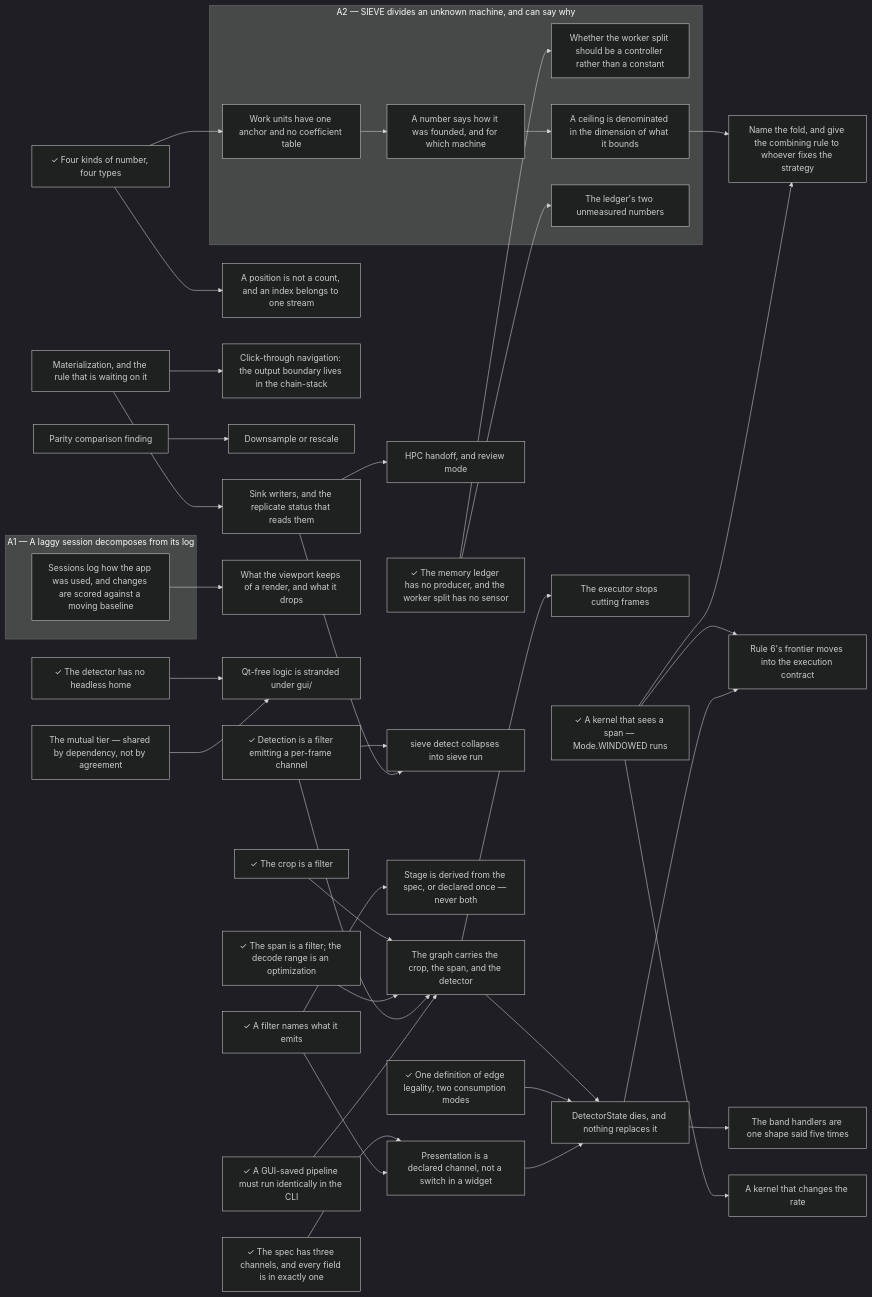
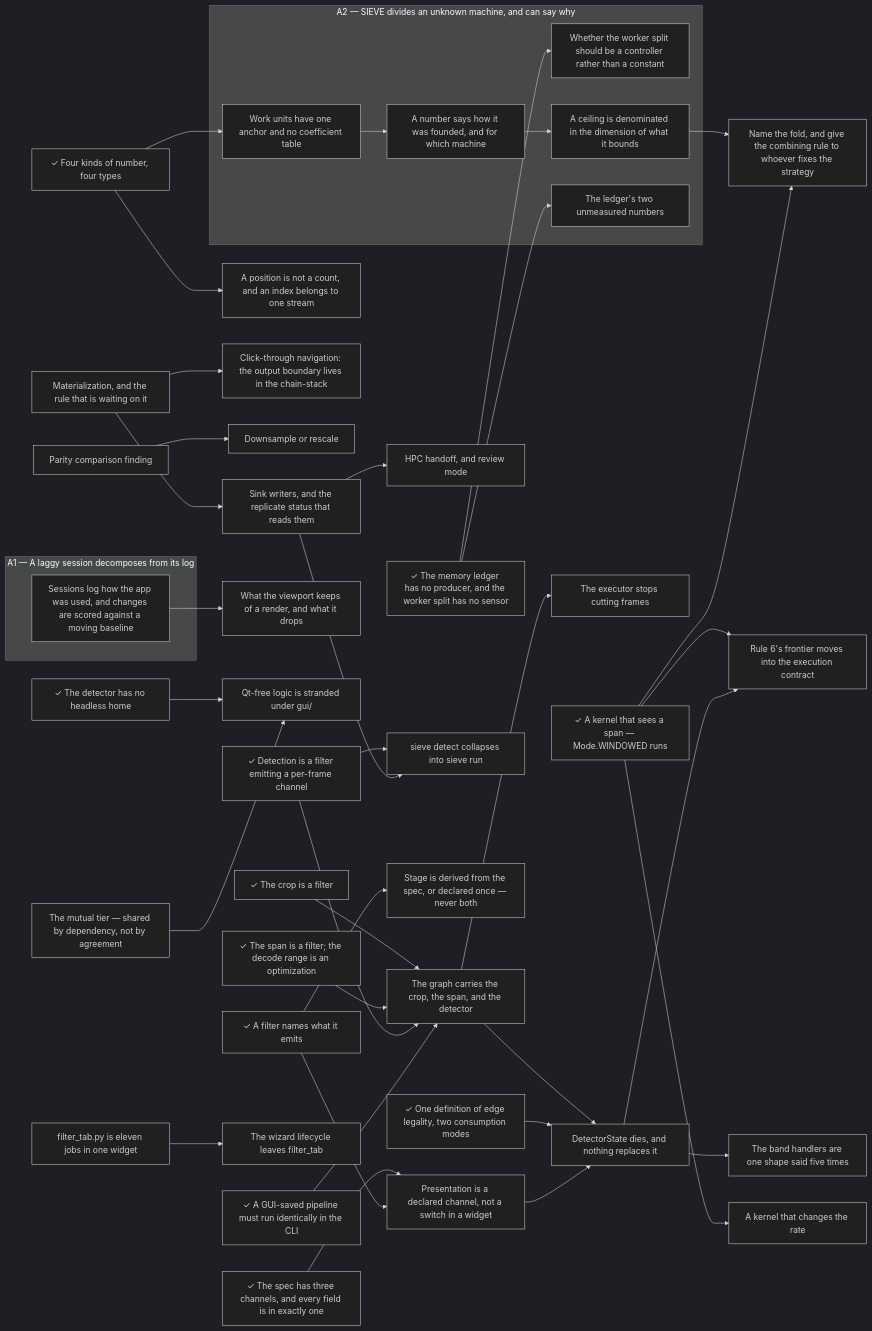
The diagram in docs/.state.md (soulsynapse/antscihub-SIEVE), drawn with Mermaid (dark theme) before and after one commit. The commit also changed other lines of this file and 4 other files, not shown here.

````diff
--- a/docs/.state.md
+++ b/docs/.state.md
@@ -110,76 +114,79 @@
 ```mermaid
 graph LR
   subgraph A1["A1 — A laggy session decomposes from its log"]
       slow_path_surfacing["Sessions log how the app was used, and changes are scored against a moving baseline"]
   end
   subgraph A2["A2 — SIEVE divides an unknown machine, and can say why"]
       a_number_says_how_it_was_founded["A number says how it was founded, and for which machine"]
       adaptive_worker_allocation["Whether the worker split should be a controller rather than a constant"]
       ceilings_in_the_dimension_they_bound["A ceiling is denominated in the dimension of what it bounds"]
       ledger_measurements["The ledger's two unmeasured numbers"]
       work_units_have_one_anchor["Work units have one anchor and no coefficient table"]
   end
     a_filter_names_what_it_emits["✓ A filter names what it emits"]
     a_kernel_that_changes_the_rate["A kernel that changes the rate"]
     a_kernel_that_sees_a_span["✓ A kernel that sees a span — Mode.WINDOWED runs"]
     a_position_is_not_a_count["A position is not a count, and an index belongs to one stream"]
     click_through_navigation["Click-through navigation: the output boundary lives in the chain-stack"]
     detection_is_a_filter["✓ Detection is a filter emitting a per-frame channel"]
     detector_state_dies["DetectorState dies, and nothing replaces it"]
     downsample_or_rescale["Downsample or rescale"]
+    filter_tab_is_eleven_jobs["filter_tab.py is eleven jobs in one widget"]
     four_numbers_four_types["✓ Four kinds of number, four types"]
     gui_cli_execution_parity["✓ A GUI-saved pipeline must run identically in the CLI"]
     headless_detection["✓ The detector has no headless home"]
     hpc_handoff_and_review_mode["HPC handoff, and review mode"]
     ledger_producers["✓ The memory ledger has no producer, and the worker split has no sensor"]
     materialization["Materialization, and the rule that is waiting on it"]
     name_the_fold["Name the fold, and give the combining rule to whoever fixes the strategy"]
     one_definition_of_edge_legality["✓ One definition of edge legality, two consumption modes"]
     parity_comparison_finding["Parity comparison finding"]
     presentation_is_a_channel_not_a_switch["Presentation is a declared channel, not a switch in a widget"]
     proxy_retention_policy["What the viewport keeps of a render, and what it drops"]
     qt_free_logic_under_gui["Qt-free logic is stranded under gui/"]
     rule_sixs_frontier_moves_into_the_contract["Rule 6's frontier moves into the execution contract"]
     sieve_detect_collapses_into_sieve_run["sieve detect collapses into sieve run"]
     sink_writers["Sink writers, and the replicate status that reads them"]
     stage_is_derived_or_declared_once["Stage is derived from the spec, or declared once — never both"]
     the_band_handlers_are_one_shape_said_five_times["The band handlers are one shape said five times"]
     the_crop_is_a_filter["✓ The crop is a filter"]
     the_executor_stops_cutting_frames["The executor stops cutting frames"]
     the_graph_carries_the_crop_the_span_and_the_detector["The graph carries the crop, the span, and the detector"]
     the_mutual_tier["The mutual tier — shared by dependency, not by agreement"]
     the_span_is_a_filter["✓ The span is a filter; the decode range is an optimization"]
     the_spec_has_three_channels["✓ The spec has three channels, and every field is in exactly one"]
+    the_wizard_lifecycle_leaves_filter_tab["The wizard lifecycle leaves filter_tab"]
     a_kernel_that_sees_a_span --> a_kernel_that_changes_the_rate
     work_units_have_one_anchor --> a_number_says_how_it_was_founded
     four_numbers_four_types --> a_position_is_not_a_count
     ledger_producers --> adaptive_worker_allocation
     a_number_says_how_it_was_founded --> ceilings_in_the_dimension_they_bound
     materialization --> click_through_navigation
     the_graph_carries_the_crop_the_span_and_the_detector --> detector_state_dies
     one_definition_of_edge_legality --> detector_state_dies
     presentation_is_a_channel_not_a_switch --> detector_state_dies
     parity_comparison_finding --> downsample_or_rescale
     sink_writers --> hpc_handoff_and_review_mode
     ledger_producers --> ledger_measurements
     ceilings_in_the_dimension_they_bound --> name_the_fold
     a_kernel_that_sees_a_span --> name_the_fold
     the_spec_has_three_channels --> presentation_is_a_channel_not_a_switch
     a_filter_names_what_it_emits --> presentation_is_a_channel_not_a_switch
     slow_path_surfacing --> proxy_retention_policy
     headless_detection --> qt_free_logic_under_gui
     the_mutual_tier --> qt_free_logic_under_gui
     a_kernel_that_sees_a_span --> rule_sixs_frontier_moves_into_the_contract
     detector_state_dies --> rule_sixs_frontier_moves_into_the_contract
     detection_is_a_filter --> sieve_detect_collapses_into_sieve_run
     sink_writers --> sieve_detect_collapses_into_sieve_run
     materialization --> sink_writers
     a_filter_names_what_it_emits --> stage_is_derived_or_declared_once
     detector_state_dies --> the_band_handlers_are_one_shape_said_five_times
     the_graph_carries_the_crop_the_span_and_the_detector --> the_executor_stops_cutting_frames
     the_crop_is_a_filter --> the_graph_carries_the_crop_the_span_and_the_detector
     the_span_is_a_filter --> the_graph_carries_the_crop_the_span_and_the_detector
     detection_is_a_filter --> the_graph_carries_the_crop_the_span_and_the_detector
     gui_cli_execution_parity --> the_graph_carries_the_crop_the_span_and_the_detector
+    filter_tab_is_eleven_jobs --> the_wizard_lifecycle_leaves_filter_tab
     four_numbers_four_types --> work_units_have_one_anchor
 ```
````
